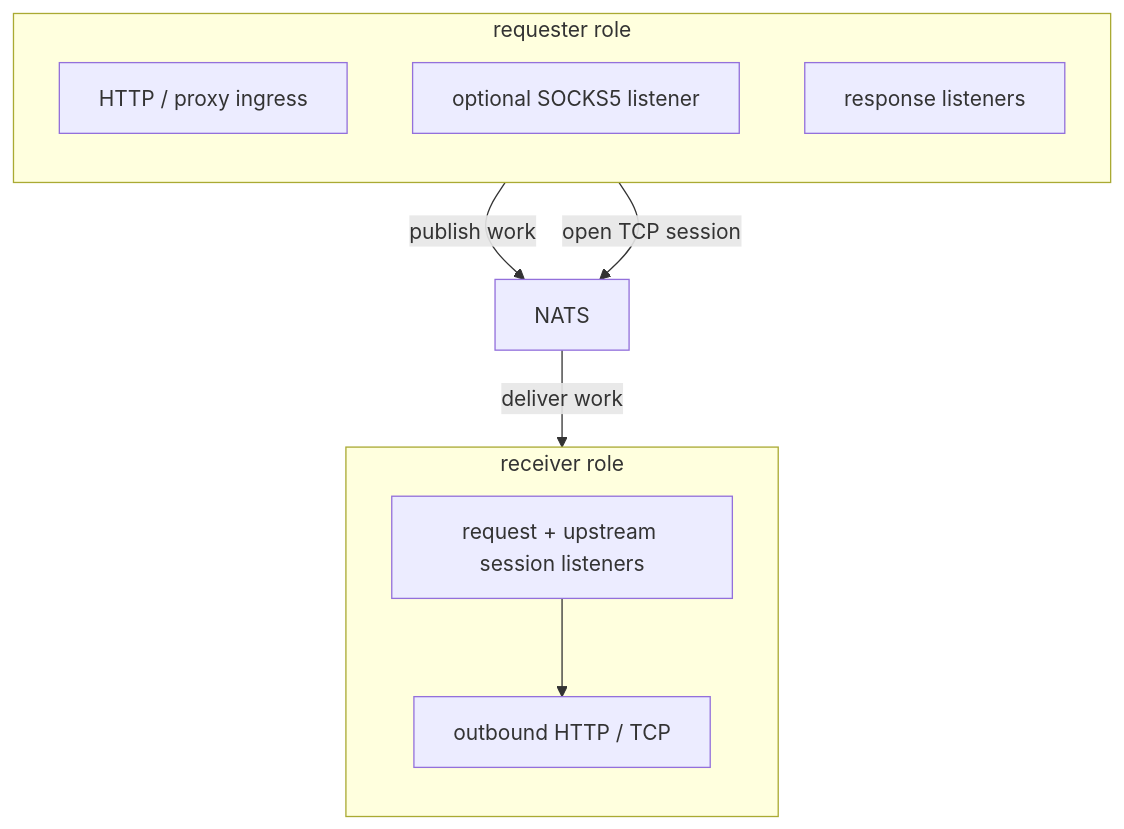
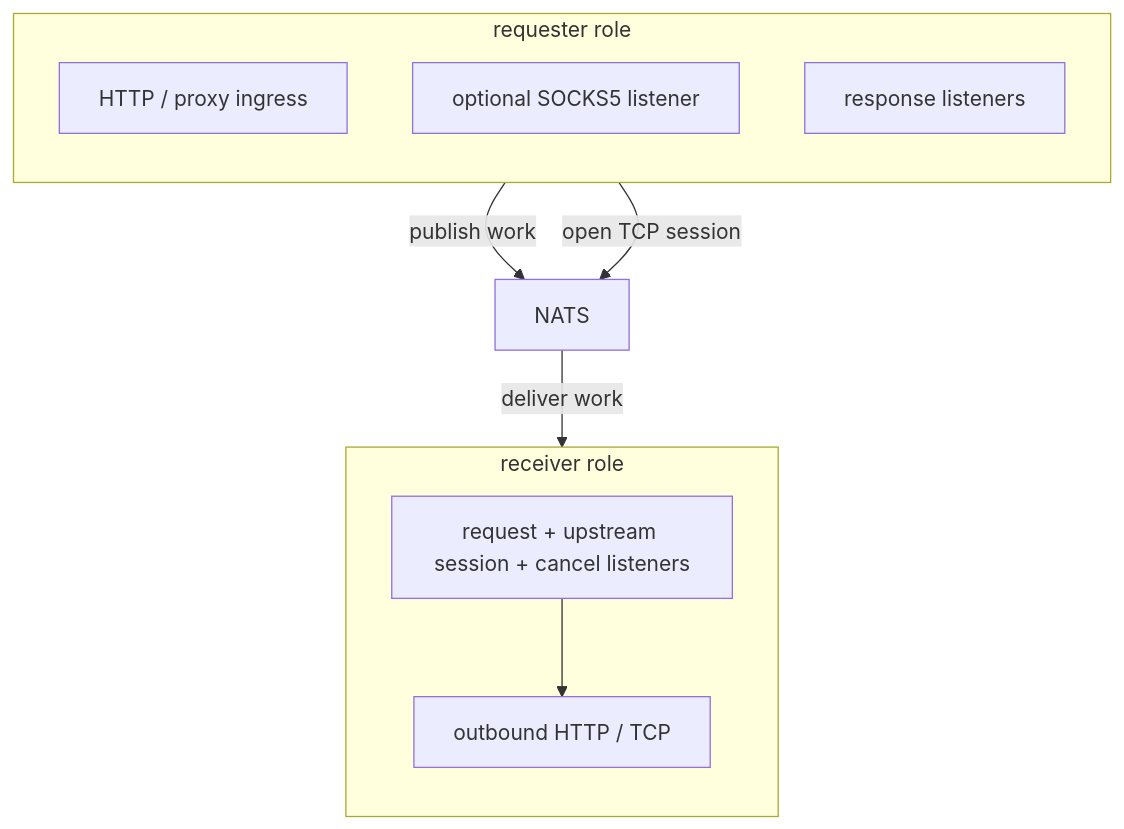
Before and after one commit to artyomb/nats-proxy: the second of 2 diagrams in docs-site/src/content/docs/architecture/overview.md, drawn with Mermaid. The commit also changed other lines of this file and 10 other files, not shown here.

````diff
--- a/docs-site/src/content/docs/architecture/overview.md
+++ b/docs-site/src/content/docs/architecture/overview.md
@@ -44,22 +44,22 @@
 ```mermaid
 flowchart TB
   subgraph requester["requester role"]
     direction TB
     req_ingress["HTTP / proxy ingress"]
     req_socks["optional SOCKS5 listener"]
     req_return["response listeners"]
   end
 
   nats["NATS"]
 
   subgraph receiver["receiver role"]
     direction TB
-    rec_listen["request + upstream session listeners"]
+    rec_listen["request + upstream session + cancel listeners"]
     rec_out["outbound HTTP / TCP"]
   end
 
   req_ingress -->|publish work| nats
   req_socks -->|open TCP session| nats
   nats -->|deliver work| rec_listen
   rec_listen --> rec_out
 ```
````
